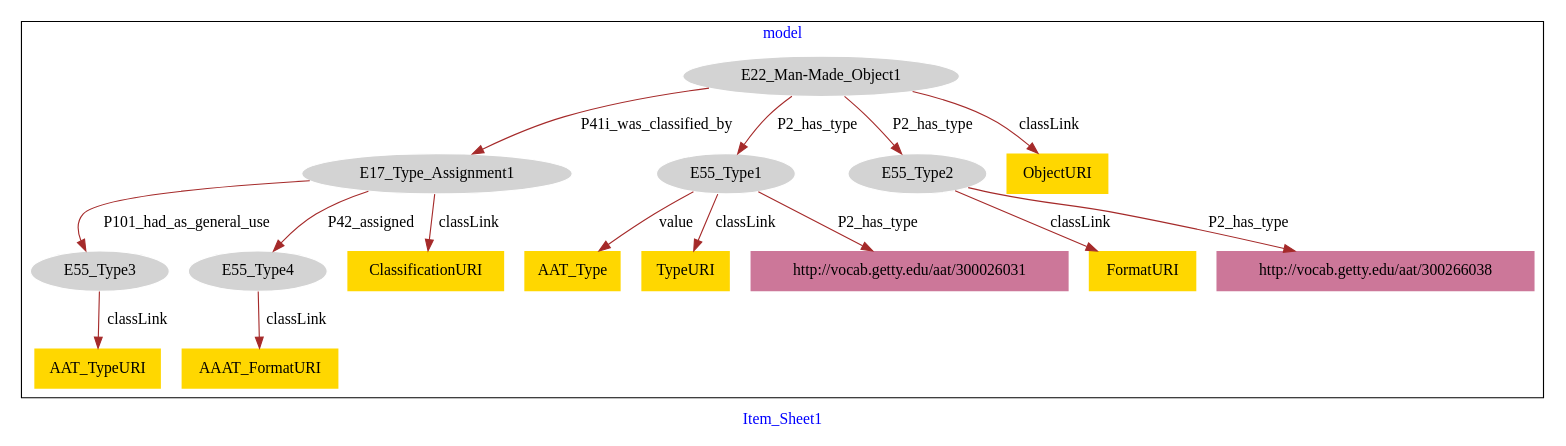
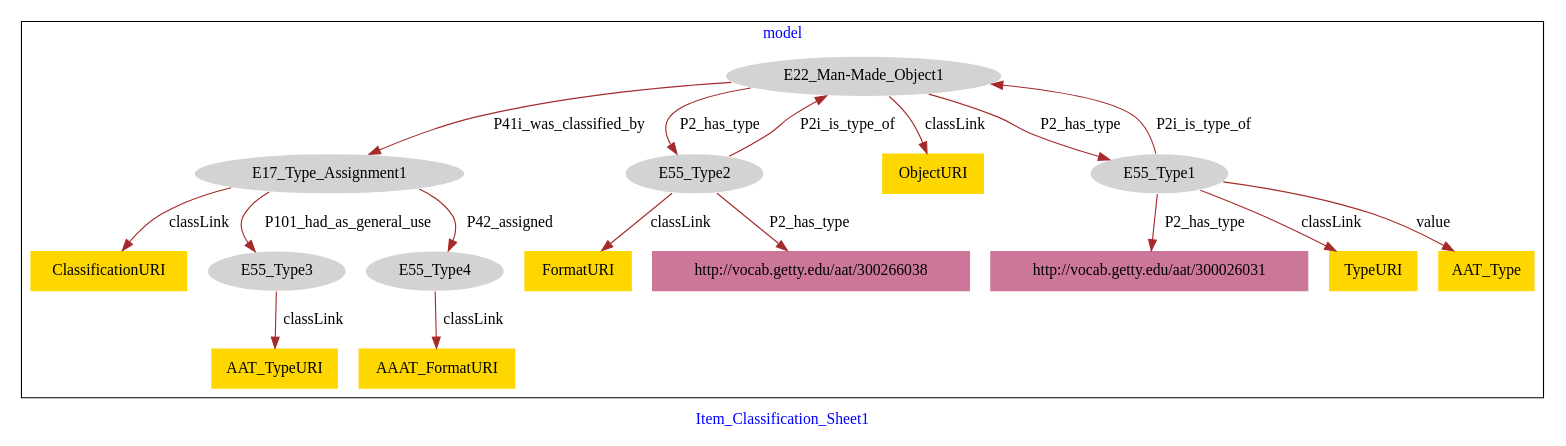
The diagram in Item_Classification/Item_Classification-model.dot (american-art/aaa), drawn with Graphviz before and after one commit.

Commit message:
Update file Item_Classification-model.dot

```diff
--- a/Item_Classification/Item_Classification-model.dot
+++ b/Item_Classification/Item_Classification-model.dot
@@ -1,37 +1,39 @@
 digraph n0 {
 fontcolor="blue"
 remincross="true"
-label="Item_Sheet1"
+label="Item_Classification_Sheet1"
 subgraph cluster {
 label="model"
 n2[style="filled",color="white",fillcolor="lightgray",label="E17_Type_Assignment1"];
 n3[style="filled",color="white",fillcolor="lightgray",label="E55_Type3"];
 n4[style="filled",color="white",fillcolor="lightgray",label="E55_Type4"];
 n5[style="filled",color="white",fillcolor="lightgray",label="E22_Man-Made_Object1"];
-n6[style="filled",color="white",fillcolor="lightgray",label="E55_Type1"];
-n7[style="filled",color="white",fillcolor="lightgray",label="E55_Type2"];
-n8[shape="plaintext",style="filled",fillcolor="gold",label="AAT_Type"];
-n9[shape="plaintext",style="filled",fillcolor="gold",label="ClassificationURI"];
-n10[shape="plaintext",style="filled",fillcolor="gold",label="AAAT_FormatURI"];
-n11[shape="plaintext",style="filled",fillcolor="gold",label="FormatURI"];
-n12[shape="plaintext",style="filled",fillcolor="gold",label="TypeURI"];
-n13[shape="plaintext",style="filled",fillcolor="gold",label="AAT_TypeURI"];
-n14[shape="plaintext",style="filled",fillcolor="gold",label="ObjectURI"];
+n6[style="filled",color="white",fillcolor="lightgray",label="E55_Type2"];
+n7[style="filled",color="white",fillcolor="lightgray",label="E55_Type1"];
+n8[shape="plaintext",style="filled",fillcolor="gold",label="ObjectURI"];
+n9[shape="plaintext",style="filled",fillcolor="gold",label="AAAT_FormatURI"];
+n10[shape="plaintext",style="filled",fillcolor="gold",label="TypeURI"];
+n11[shape="plaintext",style="filled",fillcolor="gold",label="AAT_TypeURI"];
+n12[shape="plaintext",style="filled",fillcolor="gold",label="ClassificationURI"];
+n13[shape="plaintext",style="filled",fillcolor="gold",label="AAT_Type"];
+n14[shape="plaintext",style="filled",fillcolor="gold",label="FormatURI"];
 n15[shape="plaintext",style="filled",fillcolor="#CC7799",label="http://vocab.getty.edu/aat/300026031"];
 n16[shape="plaintext",style="filled",fillcolor="#CC7799",label="http://vocab.getty.edu/aat/300266038"];
 }
 n2 -> n3[color="brown",fontcolor="black",label="P101_had_as_general_use"]
 n2 -> n4[color="brown",fontcolor="black",label="P42_assigned"]
 n5 -> n2[color="brown",fontcolor="black",label="P41i_was_classified_by"]
 n5 -> n6[color="brown",fontcolor="black",label="P2_has_type"]
+n7 -> n5[color="brown",fontcolor="black",label="P2i_is_type_of"]
+n5 -> n8[color="brown",fontcolor="black",label="classLink"]
+n4 -> n9[color="brown",fontcolor="black",label="classLink"]
+n7 -> n10[color="brown",fontcolor="black",label="classLink"]
+n3 -> n11[color="brown",fontcolor="black",label="classLink"]
+n2 -> n12[color="brown",fontcolor="black",label="classLink"]
+n7 -> n13[color="brown",fontcolor="black",label="value"]
+n6 -> n14[color="brown",fontcolor="black",label="classLink"]
 n5 -> n7[color="brown",fontcolor="black",label="P2_has_type"]
-n6 -> n8[color="brown",fontcolor="black",label="value"]
-n2 -> n9[color="brown",fontcolor="black",label="classLink"]
-n4 -> n10[color="brown",fontcolor="black",label="classLink"]
-n7 -> n11[color="brown",fontcolor="black",label="classLink"]
-n6 -> n12[color="brown",fontcolor="black",label="classLink"]
-n3 -> n13[color="brown",fontcolor="black",label="classLink"]
-n5 -> n14[color="brown",fontcolor="black",label="classLink"]
-n6 -> n15[color="brown",fontcolor="black",label="P2_has_type"]
-n7 -> n16[color="brown",fontcolor="black",label="P2_has_type"]
+n6 -> n5[color="brown",fontcolor="black",label="P2i_is_type_of"]
+n7 -> n15[color="brown",fontcolor="black",label="P2_has_type"]
+n6 -> n16[color="brown",fontcolor="black",label="P2_has_type"]
 }
```
